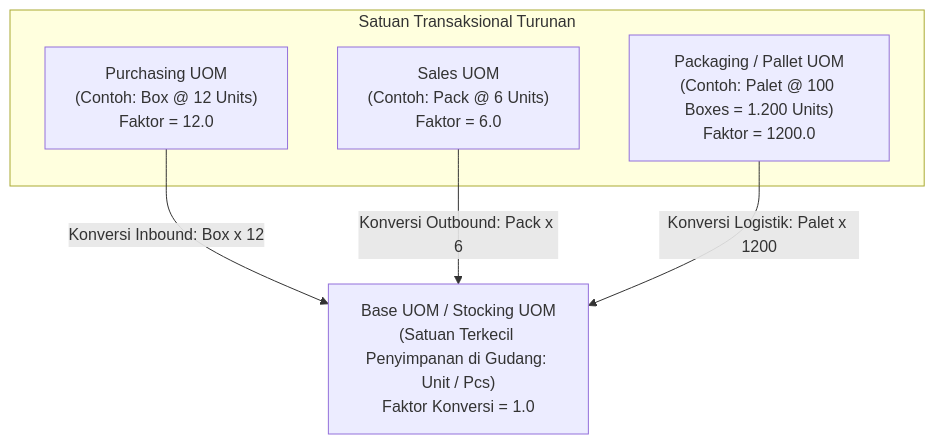
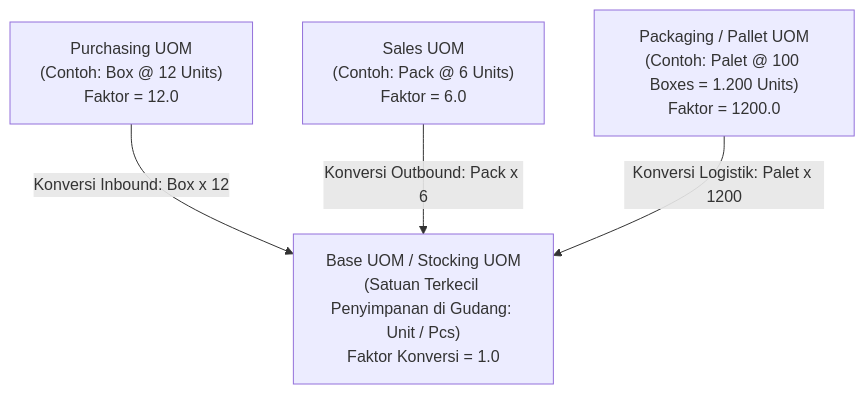
One commit to alimurrofid/erp-notes changed the diagram in content/05-inventory/inventory-uom-and-conversion.md. Above: the diagram before and after it, drawn with Mermaid. The commit also changed 58 other files, not shown here.

Commit message:
fix(content):Mermaid Subgraph

````diff
--- a/content/05-inventory/inventory-uom-and-conversion.md
+++ b/content/05-inventory/inventory-uom-and-conversion.md
@@ -29,14 +29,12 @@
 ```mermaid
 flowchart TD
     Base["Base UOM / Stocking UOM<br/>(Satuan Terkecil Penyimpanan di Gudang: Unit / Pcs)<br/>Faktor Konversi = 1.0"]
     
-    subgraph Transactions["Satuan Transaksional Turunan"]
         PurUOM["Purchasing UOM<br/>(Contoh: Box @ 12 Units)<br/>Faktor = 12.0"]
         SalesUOM["Sales UOM<br/>(Contoh: Pack @ 6 Units)<br/>Faktor = 6.0"]
         LogUOM["Packaging / Pallet UOM<br/>(Contoh: Palet @ 100 Boxes = 1.200 Units)<br/>Faktor = 1200.0"]
-    end
     
     PurUOM -->|"Konversi Inbound: Box x 12"| Base
     SalesUOM -->|"Konversi Outbound: Pack x 6"| Base
     LogUOM -->|"Konversi Logistik: Palet x 1200"| Base
 ```
````
